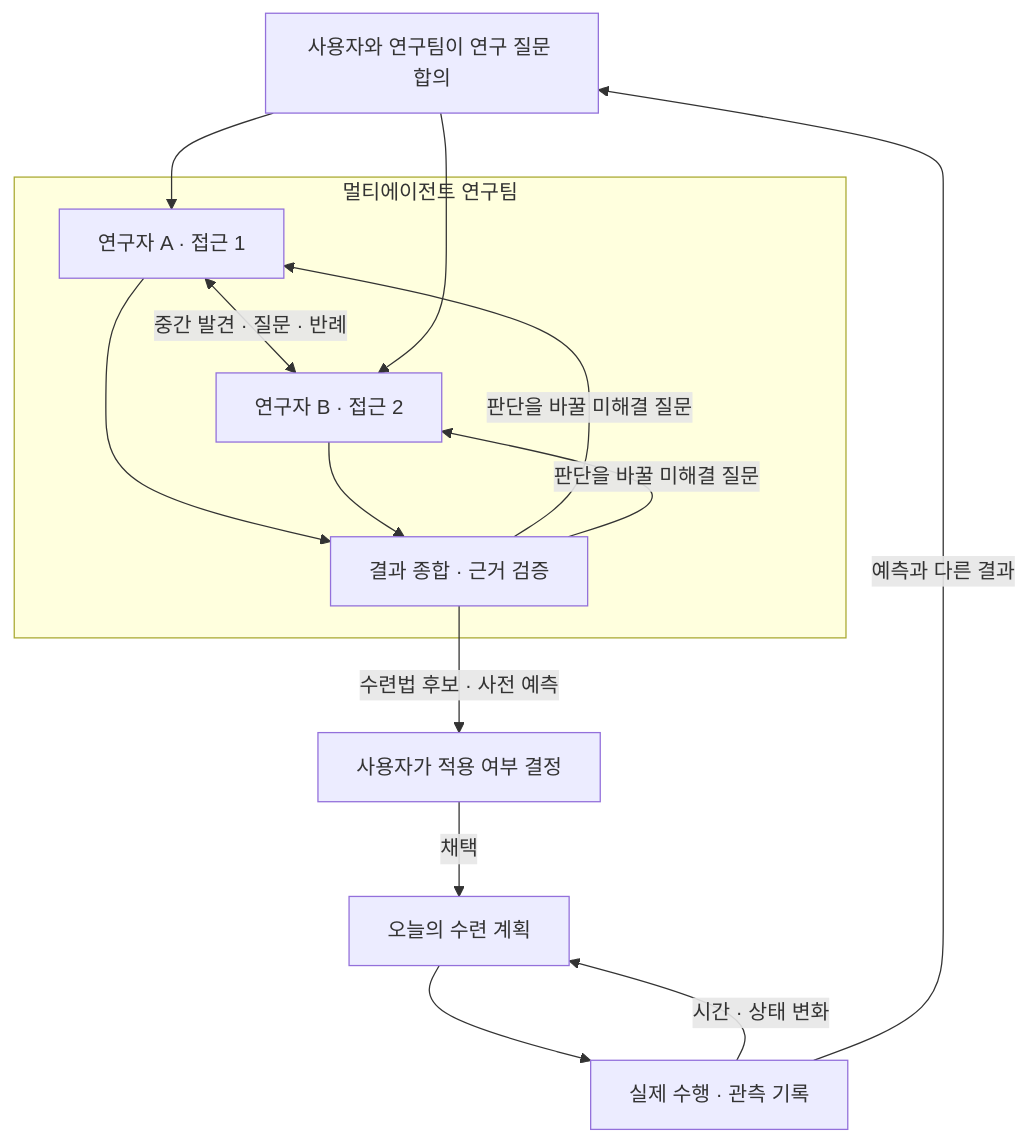
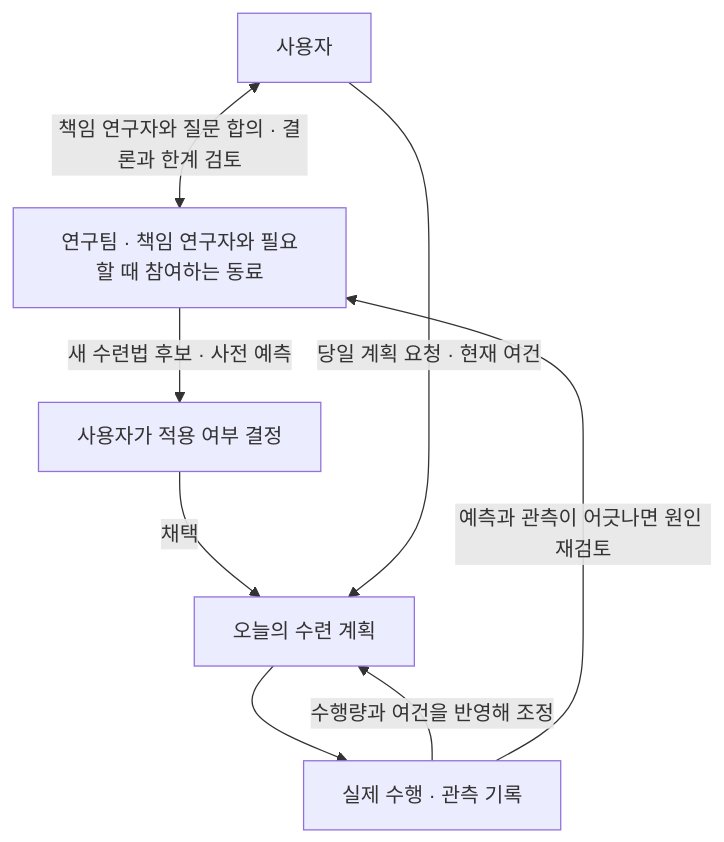
Before and after one commit to Rmayana/frontier-research-harness: the first of 2 diagrams in docs/DESIGN.md, drawn with Mermaid. The commit also changed other lines of this file, not shown here.

````diff
--- a/docs/DESIGN.md
+++ b/docs/DESIGN.md
@@ -7,20 +9,10 @@
 ```mermaid
 flowchart TD
-    Q["사용자와 연구팀이 연구 질문 합의"]
-    subgraph Team["멀티에이전트 연구팀"]
-        A["연구자 A · 접근 1"]
-        B["연구자 B · 접근 2"]
-        A <-->|"중간 발견 · 질문 · 반례"| B
-        A --> S["결과 종합 · 근거 검증"]
-        B --> S
-    end
-    Q --> A
-    Q --> B
-    S -->|"판단을 바꿀 미해결 질문"| A
-    S -->|"판단을 바꿀 미해결 질문"| B
-    S -->|"수련법 후보 · 사전 예측"| U["사용자가 적용 여부 결정"]
-    U -->|"채택"| P["오늘의 수련 계획"]
+    U["사용자"] <-->|"책임 연구자와 질문 합의 · 결론과 한계 검토"| T["연구팀 · 책임 연구자와 필요할 때 참여하는 동료"]
+    T -->|"새 수련법 후보 · 사전 예측"| D["사용자가 적용 여부 결정"]
+    D -->|"채택"| P["오늘의 수련 계획"]
+    U -->|"당일 계획 요청 · 현재 여건"| P
     P --> O["실제 수행 · 관측 기록"]
-    O -->|"시간 · 상태 변화"| P
-    O -->|"예측과 다른 결과"| Q
+    O -->|"수행량과 여건을 반영해 조정"| P
+    O -->|"예측과 관측이 어긋나면 원인 재검토"| T
 ```
````
